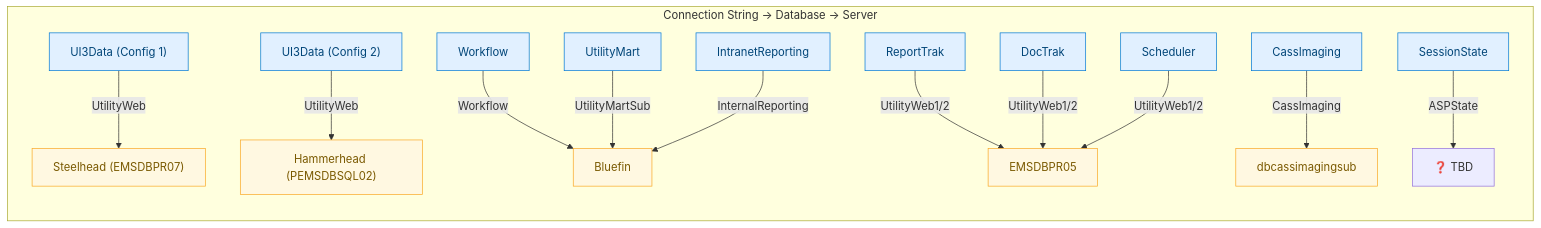
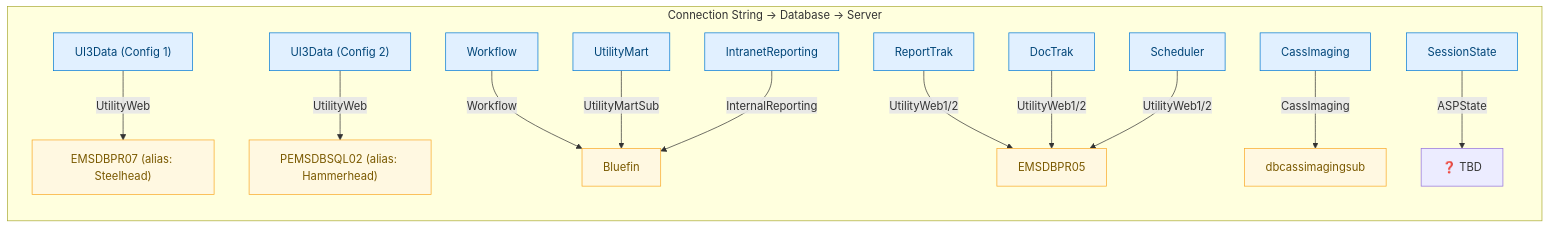
Before and after one commit to lcassin/Scheduler_Platform: the second of 6 diagrams in Documents/Technical/diagrams/expensesmart-v1-architecture.md, drawn with Mermaid. The commit also changed other lines of this file and 1 other file, not shown here.

Commit message:
docs: Merge Steelhead/Hammerhead as DNS aliases (not separate servers)

````diff
--- a/Documents/Technical/diagrams/expensesmart-v1-architecture.md
+++ b/Documents/Technical/diagrams/expensesmart-v1-architecture.md
@@ -241,21 +240,21 @@
 ```mermaid
 graph LR
     classDef conn fill:#E1F0FF,stroke:#0078D4,color:#004578
     classDef server fill:#FFF8E1,stroke:#F9A825,color:#7A5900
 
     subgraph CONNECTIONS["Connection String → Database → Server"]
-        UI3_1["UI3Data (Config 1)"] -->|"UtilityWeb"| Steelhead["Steelhead (EMSDBPR07)"]
-        UI3_2["UI3Data (Config 2)"] -->|"UtilityWeb"| Hammerhead["Hammerhead (PEMSDBSQL02)"]
+        UI3_1["UI3Data (Config 1)"] -->|"UtilityWeb"| EMSDBPR07_2["EMSDBPR07 (alias: Steelhead)"]
+        UI3_2["UI3Data (Config 2)"] -->|"UtilityWeb"| PEMSDBSQL02_2["PEMSDBSQL02 (alias: Hammerhead)"]
         WF["Workflow"] -->|"Workflow"| Bluefin
         RT["ReportTrak"] -->|"UtilityWeb1/2"| EMSDBPR05
         DT["DocTrak"] -->|"UtilityWeb1/2"| EMSDBPR05
         SCHED["Scheduler"] -->|"UtilityWeb1/2"| EMSDBPR05
         CI["CassImaging"] -->|"CassImaging"| dbcassimagingsub
         UM["UtilityMart"] -->|"UtilityMartSub"| Bluefin
         IR["IntranetReporting"] -->|"InternalReporting"| Bluefin
         SS["SessionState"] -->|"ASPState"| TBD["❓ TBD"]
     end
 
     class UI3_1,UI3_2,WF,RT,DT,SCHED,CI,UM,IR,SS conn
-    class Steelhead,Hammerhead,Bluefin,EMSDBPR05,dbcassimagingsub server
+    class EMSDBPR07_2,PEMSDBSQL02_2,Bluefin,EMSDBPR05,dbcassimagingsub server
 ```
````
